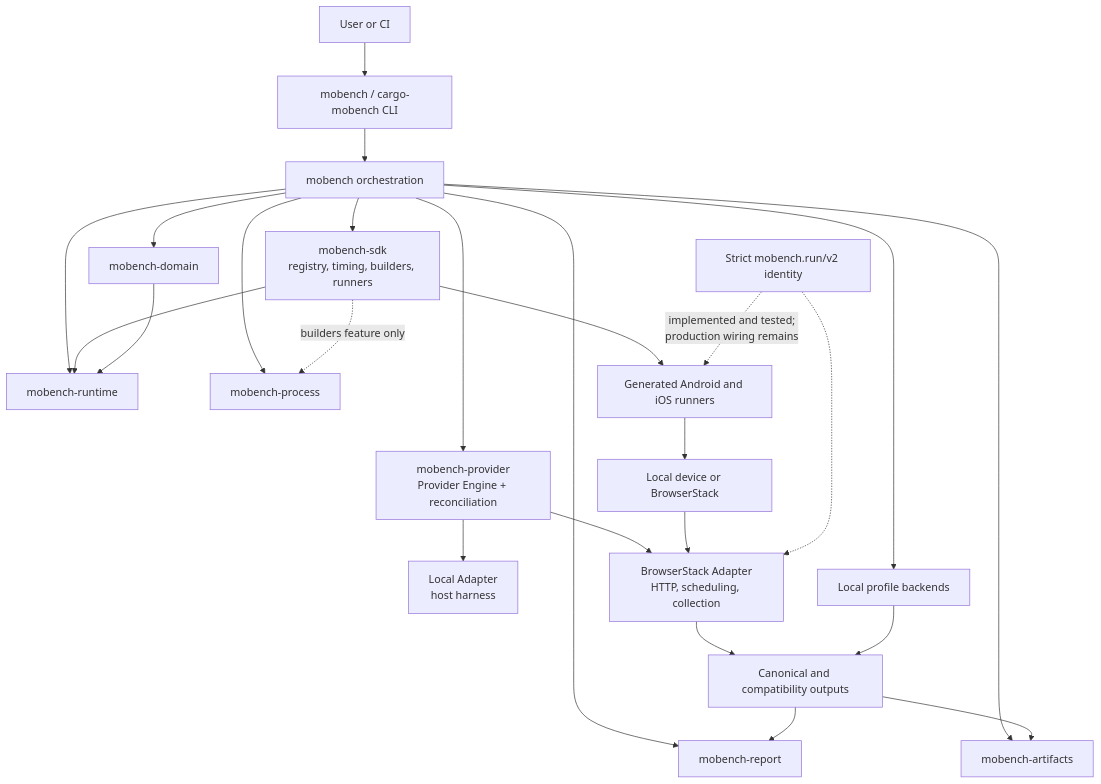
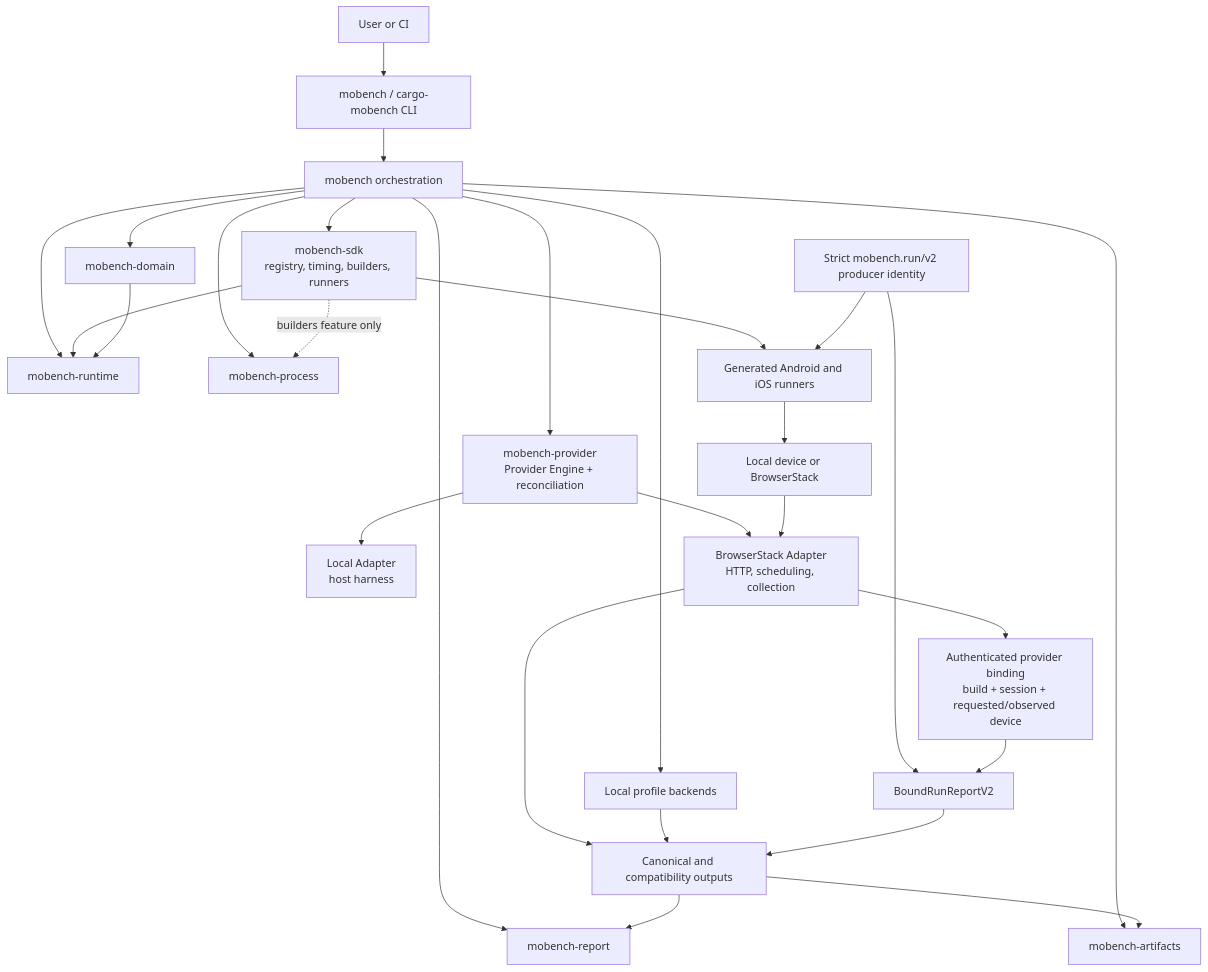
The first of 8 diagrams in docs/0.2-rewrite-architecture.md (worldcoin/mobile-bench-rs), drawn with Mermaid before and after one commit. The commit also changed other lines of this file and 33 other files, not shown here.

Commit message:
Bind strict v2 reports to provider sessions

````diff
--- a/docs/0.2-rewrite-architecture.md
+++ b/docs/0.2-rewrite-architecture.md
@@ -68,31 +72,34 @@
 ```mermaid
 flowchart TB
     User["User or CI"] --> Entry["mobench / cargo-mobench CLI"]
     Entry --> Orchestrator["mobench orchestration"]
 
     Orchestrator --> SDK["mobench-sdk\nregistry, timing, builders, runners"]
     Orchestrator --> Engine["mobench-provider\nProvider Engine + reconciliation"]
     Engine --> Local["Local Adapter\nhost harness"]
     Engine --> BrowserStack["BrowserStack Adapter\nHTTP, scheduling, collection"]
     Orchestrator --> Profile["Local profile backends"]
     Orchestrator --> Artifacts["mobench-artifacts"]
     Orchestrator --> Domain["mobench-domain"]
     Orchestrator --> Runtime["mobench-runtime"]
     Orchestrator --> Process["mobench-process"]
     Orchestrator --> Report["mobench-report"]
 
     SDK --> Runtime
     SDK -. "builders feature only" .-> Process
     Domain --> Runtime
 
     SDK --> Generated["Generated Android and iOS runners"]
     Generated --> Device["Local device or BrowserStack"]
     Device --> BrowserStack
     BrowserStack --> Outputs["Canonical and compatibility outputs"]
     Profile --> Outputs
     Outputs --> Report
     Outputs --> Artifacts
 
-    Strict["Strict mobench.run/v2 identity"] -. "implemented and tested;\nproduction wiring remains" .-> Generated
-    Strict -.-> BrowserStack
+    Strict["Strict mobench.run/v2 producer identity"] --> Generated
+    BrowserStack --> Binding["Authenticated provider binding\nbuild + session + requested/observed device"]
+    Strict --> Bound["BoundRunReportV2"]
+    Binding --> Bound
+    Bound --> Outputs
 ```
````
